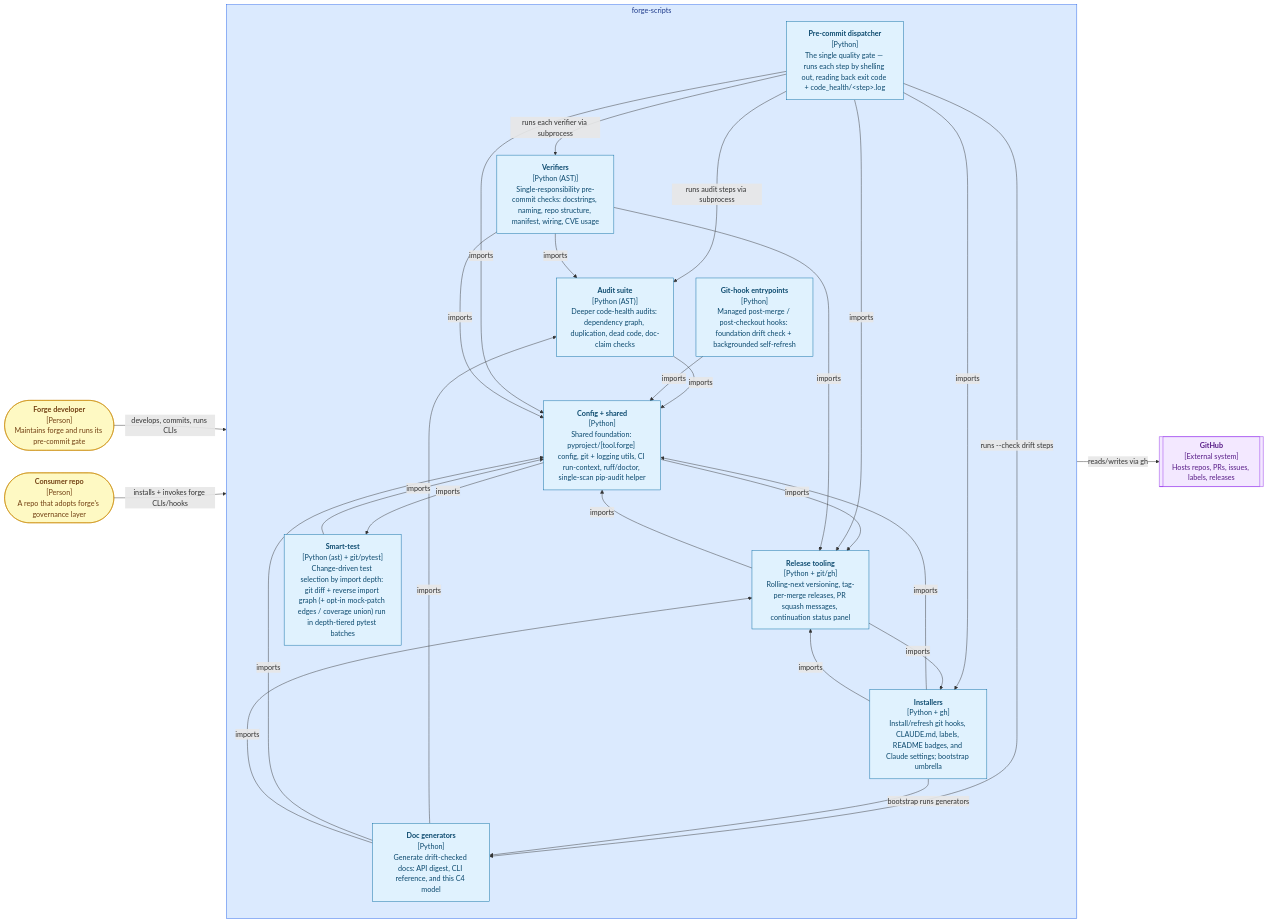
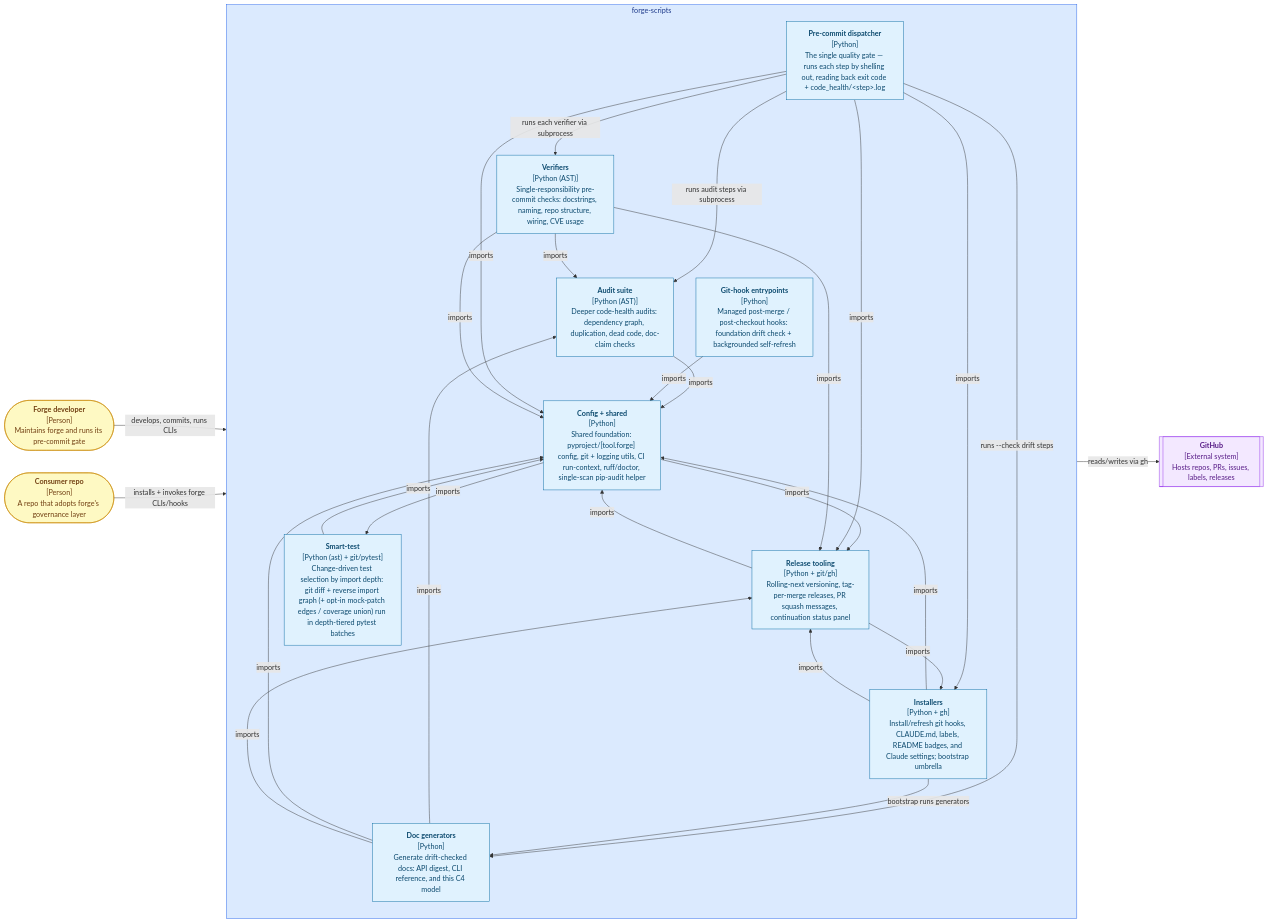
One commit to misnaej/forge changed the diagram in docs/architecture.md. Above: the diagram before and after it, drawn with Mermaid. The commit also changed 30 other files, not shown here.

````diff
--- a/docs/architecture.md
+++ b/docs/architecture.md
@@ -13,59 +13,59 @@
 ```mermaid
 graph LR
     forge_developer(["<b>Forge developer</b><br/>[Person]<br/>Maintains forge and runs its pre-commit gate"])
     consumer_repo(["<b>Consumer repo</b><br/>[Person]<br/>A repo that adopts forge's governance layer"])
     github[["<b>GitHub</b><br/>[External system]<br/>Hosts repos, PRs, issues, labels, releases"]]
     subgraph forge_scripts["forge-scripts"]
         pre_commit_dispatcher["<b>Pre-commit dispatcher</b><br/>[Python]<br/>The single quality gate — runs each step by shelling out, reading back exit code + code_health/&lt;step&gt;.log"]
         audit_suite["<b>Audit suite</b><br/>[Python (AST)]<br/>Deeper code-health audits: dependency graph, duplication, dead code, doc-claim checks"]
-        verifiers["<b>Verifiers</b><br/>[Python (AST)]<br/>Single-responsibility pre-commit checks: docstrings, naming, repo structure, manifest, wiring, CVE usage"]
+        verifiers["<b>Verifiers</b><br/>[Python (AST)]<br/>Single-responsibility pre-commit checks: docstrings, naming, repo structure, wiring, CVE usage"]
         installers["<b>Installers</b><br/>[Python + gh]<br/>Install/refresh git hooks, CLAUDE.md, labels, README badges, and Claude settings; bootstrap umbrella"]
         doc_generators["<b>Doc generators</b><br/>[Python]<br/>Generate drift-checked docs: API digest, CLI reference, and this C4 model"]
         git_hook_entrypoints["<b>Git-hook entrypoints</b><br/>[Python]<br/>Managed post-merge / post-checkout hooks: foundation drift check + backgrounded self-refresh"]
         release_tooling["<b>Release tooling</b><br/>[Python + git/gh]<br/>Rolling-next versioning, tag-per-merge releases, PR squash messages, continuation status panel"]
         smart_test["<b>Smart-test</b><br/>[Python (ast) + git/pytest]<br/>Change-driven test selection by import depth: git diff + reverse import graph (+ opt-in mock-patch edges / coverage union) run in depth-tiered pytest batches"]
         config_shared["<b>Config + shared</b><br/>[Python]<br/>Shared foundation: pyproject/[tool.forge] config, git + logging utils, CI run-context, ruff/doctor, single-scan pip-audit helper"]
     end
     forge_developer -->|"develops, commits, runs CLIs"| forge_scripts
     consumer_repo -->|"installs + invokes forge CLIs/hooks"| forge_scripts
     forge_scripts -->|"reads/writes via gh"| github
     pre_commit_dispatcher -->|"runs each verifier via subprocess"| verifiers
     pre_commit_dispatcher -->|"runs audit steps via subprocess"| audit_suite
     pre_commit_dispatcher -->|"runs --check drift steps"| doc_generators
     installers -->|"bootstrap runs generators"| doc_generators
     audit_suite -->|"imports"| config_shared
     config_shared -->|"imports"| release_tooling
     config_shared -->|"imports"| smart_test
     doc_generators -->|"imports"| audit_suite
     doc_generators -->|"imports"| config_shared
     doc_generators -->|"imports"| release_tooling
     git_hook_entrypoints -->|"imports"| config_shared
     installers -->|"imports"| config_shared
     installers -->|"imports"| release_tooling
     pre_commit_dispatcher -->|"imports"| config_shared
     pre_commit_dispatcher -->|"imports"| installers
     pre_commit_dispatcher -->|"imports"| release_tooling
     release_tooling -->|"imports"| config_shared
     release_tooling -->|"imports"| installers
     smart_test -->|"imports"| config_shared
     verifiers -->|"imports"| audit_suite
     verifiers -->|"imports"| config_shared
     verifiers -->|"imports"| release_tooling
     classDef component fill:#e0f2fe,stroke:#0369a1,color:#0c4a6e
     classDef container fill:#dbeafe,stroke:#2563eb,color:#1e3a8a
     classDef external fill:#f3e8ff,stroke:#9333ea,color:#581c87
     classDef person fill:#fef9c3,stroke:#ca8a04,color:#713f12
     class forge_developer person
     class consumer_repo person
     class github external
     class forge_scripts container
     class pre_commit_dispatcher component
     class audit_suite component
     class verifiers component
     class installers component
     class doc_generators component
     class git_hook_entrypoints component
     class release_tooling component
     class smart_test component
     class config_shared component
 ```
````
